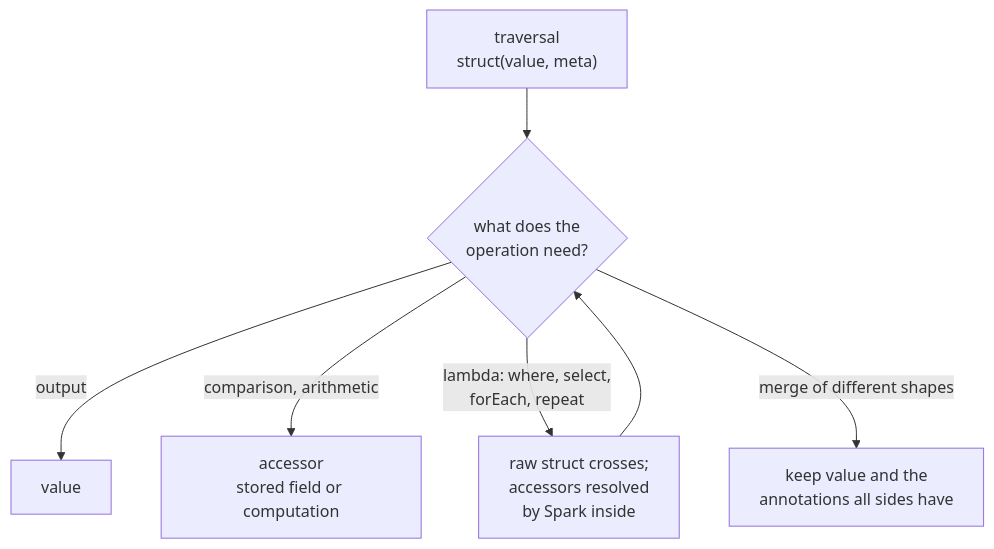
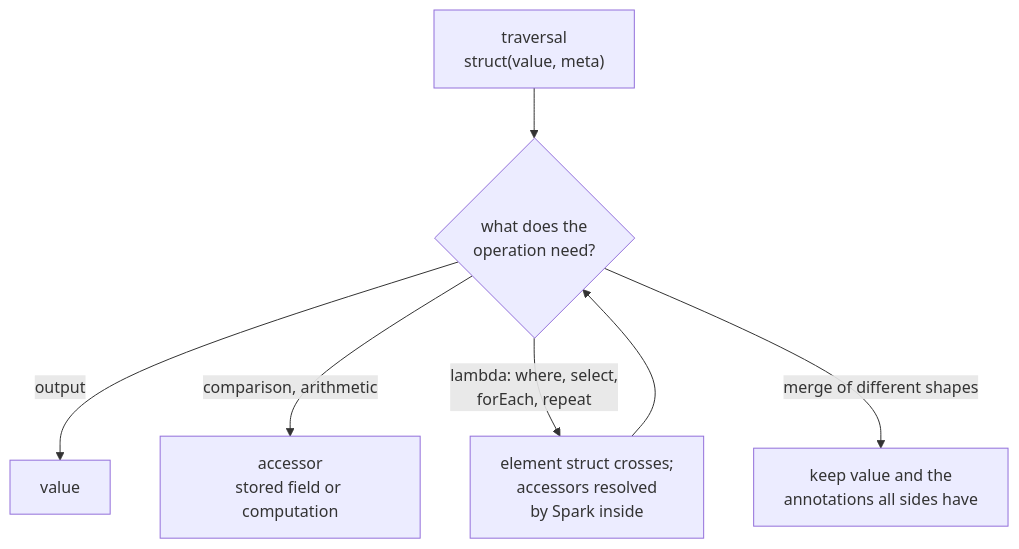
Before and after one commit to aehrc/pathling: the second of 3 diagrams in specs/001-parquet-on-fhir/design/annotations-in-the-engine.md, drawn with Mermaid. The commit also changed other lines of this file and 1 other file, not shown here.

````diff
--- a/specs/001-parquet-on-fhir/design/annotations-in-the-engine.md
+++ b/specs/001-parquet-on-fhir/design/annotations-in-the-engine.md
@@ -367,9 +370,9 @@
 ```mermaid
 flowchart TD
   T["traversal<br/>struct(value, meta)"] --> Q{"what does the<br/>operation need?"}
   Q -->|"output"| O["value"]
   Q -->|"comparison, arithmetic"| A["accessor<br/>stored field or computation"]
-  Q -->|"lambda: where, select,<br/>forEach, repeat"| L["raw struct crosses;<br/>accessors resolved<br/>by Spark inside"]
+  Q -->|"lambda: where, select,<br/>forEach, repeat"| L["element struct crosses;<br/>accessors resolved<br/>by Spark inside"]
   L --> Q
   Q -->|"merge of different shapes"| M["keep value and the<br/>annotations all sides have"]
 ```
````
